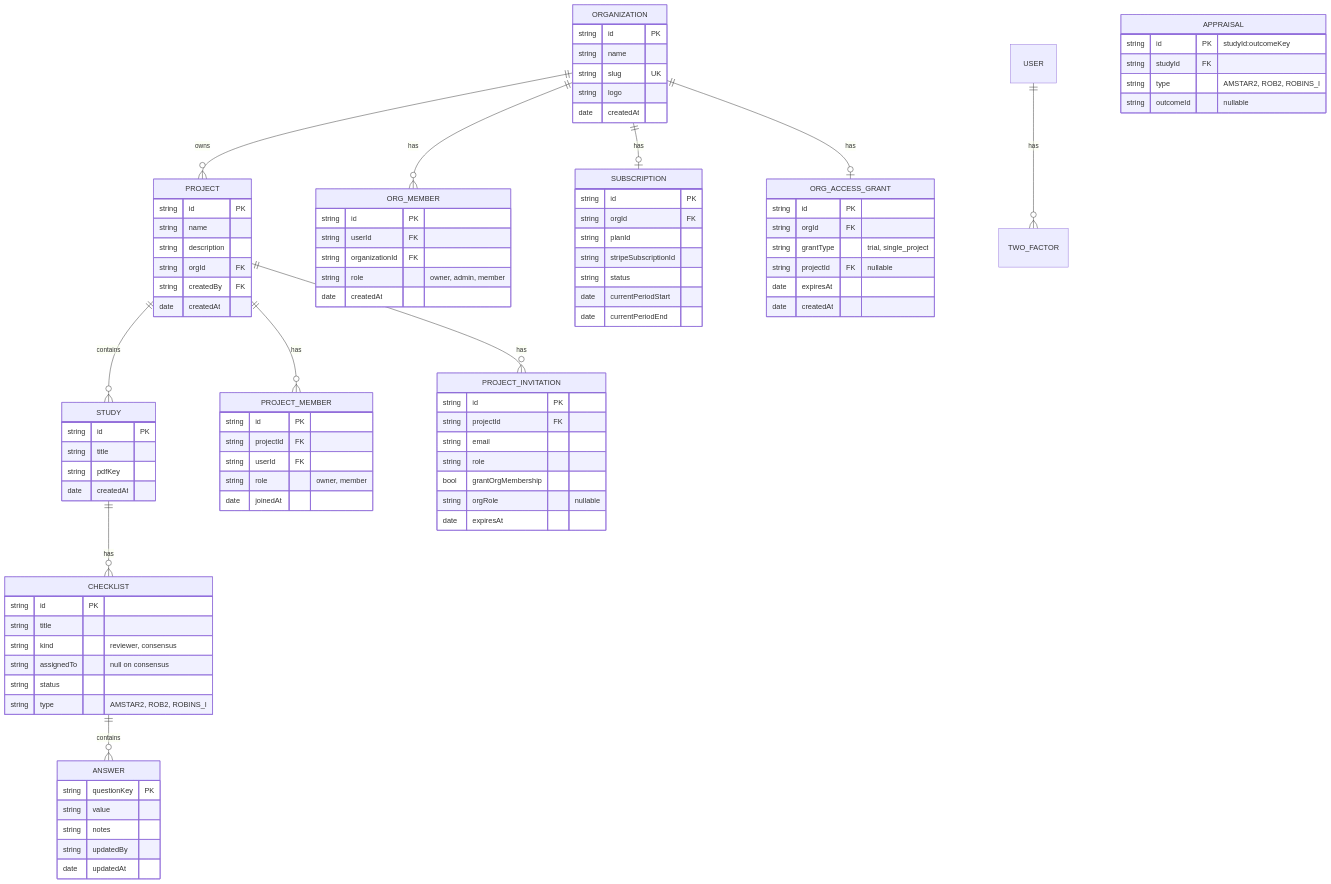
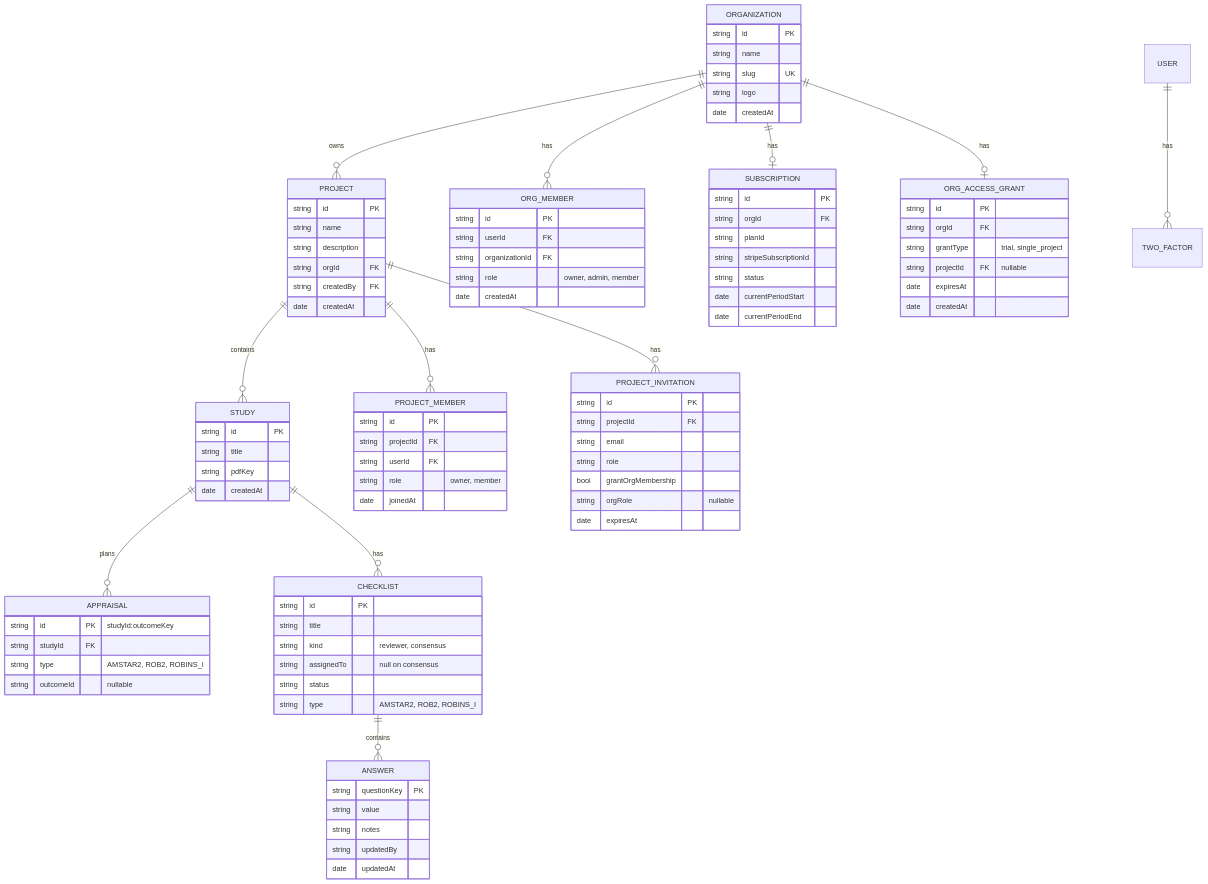
One commit to InfinityBowman/corates changed the diagram in packages/docs/architecture/diagrams/04-data-model.md. Above: the diagram before and after it, drawn with Mermaid. The commit also changed other lines of this file and 2 other files, not shown here.

```diff
--- a/packages/docs/architecture/diagrams/04-data-model.md
+++ b/packages/docs/architecture/diagrams/04-data-model.md
@@ -11,6 +11,7 @@
     PROJECT ||--o{ STUDY : contains
     PROJECT ||--o{ PROJECT_MEMBER : has
     PROJECT ||--o{ PROJECT_INVITATION : has
+    STUDY ||--o{ APPRAISAL : plans
     STUDY ||--o{ CHECKLIST : has
     CHECKLIST ||--o{ ANSWER : contains
     USER ||--o{ TWO_FACTOR : has
```
